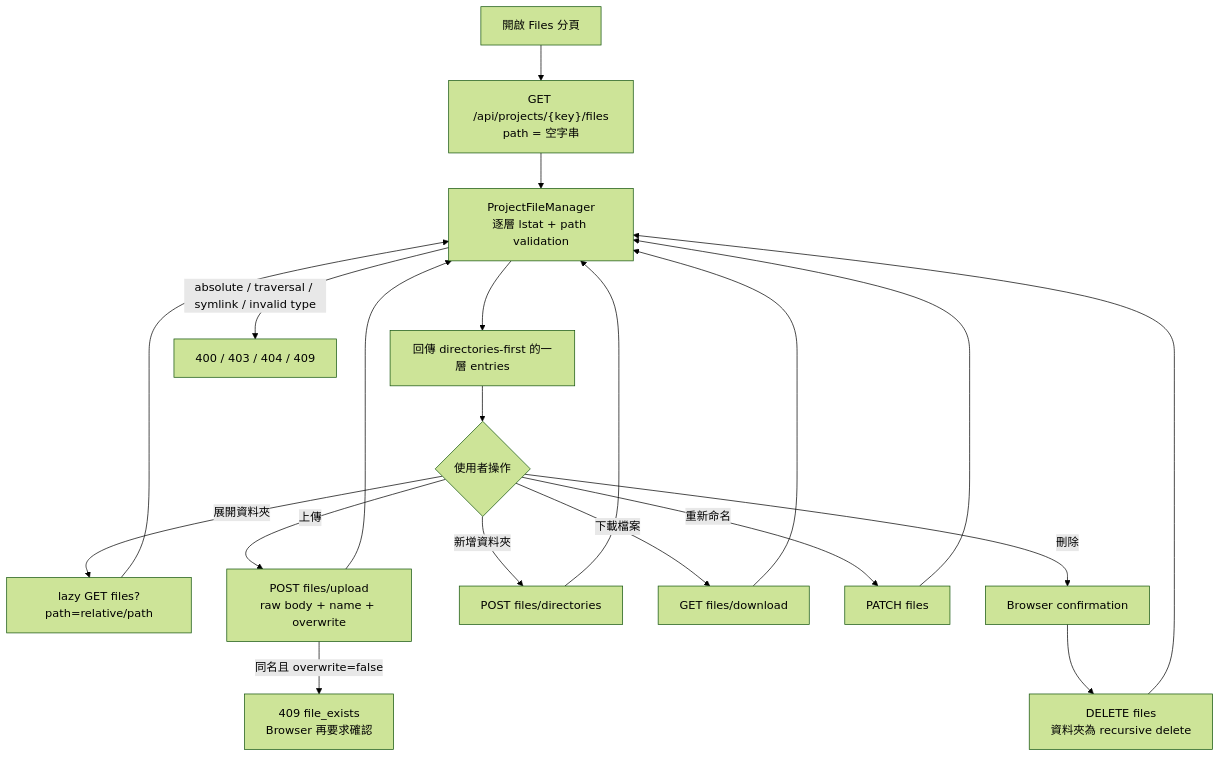
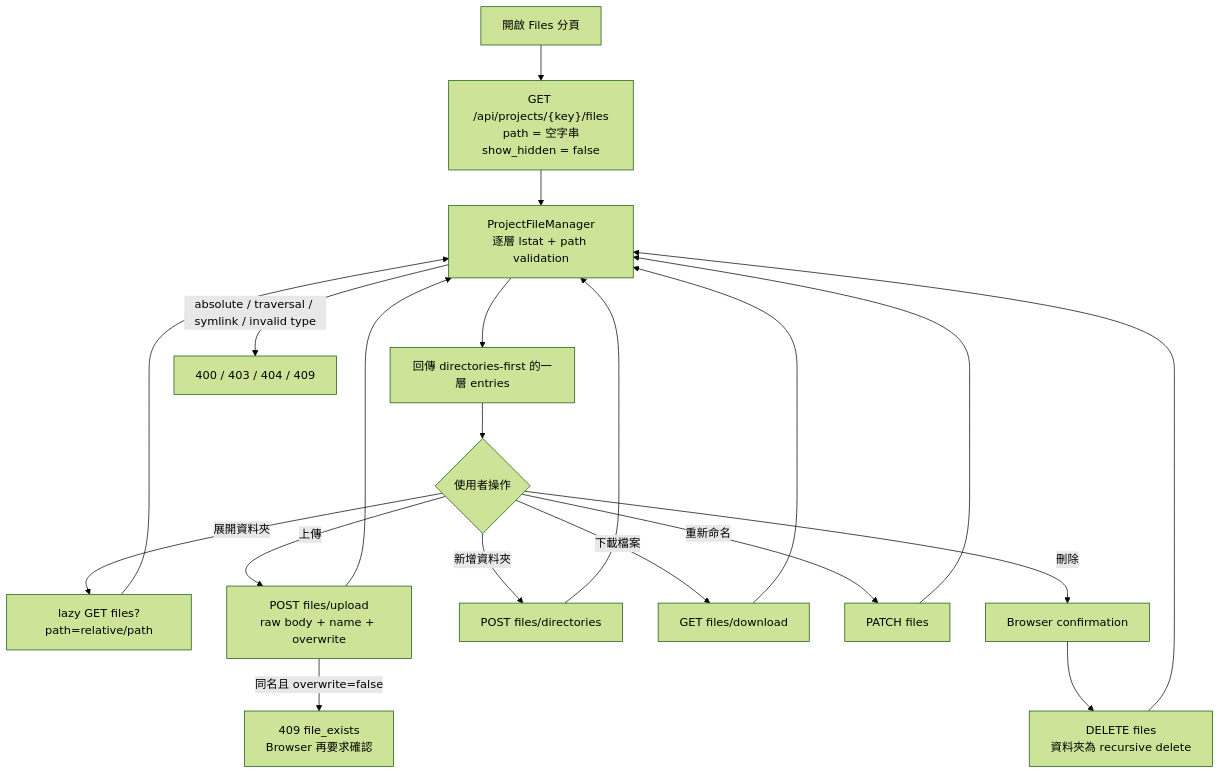
Before and after one commit to sevenjay/agent_app_server: the second of 5 diagrams in docs/flows.md, drawn with Mermaid (forest theme). The commit also changed other lines of this file and 10 other files, not shown here.

Commit message:
feat: add show_hidden toggle to file listing API and UI components

````diff
--- a/docs/flows.md
+++ b/docs/flows.md
@@ -42,25 +42,25 @@
 ```mermaid
 flowchart TD
-    open["開啟 Files 分頁"] --> list["GET /api/projects/{key}/files<br/>path = 空字串"]
+    open["開啟 Files 分頁"] --> list["GET /api/projects/{key}/files<br/>path = 空字串<br/>show_hidden = false"]
     list --> validate["ProjectFileManager<br/>逐層 lstat + path validation"]
     validate --> tree["回傳 directories-first 的一層 entries"]
     tree --> action{"使用者操作"}
 
     action -->|展開資料夾| child["lazy GET files?path=relative/path"]
     action -->|上傳| upload["POST files/upload<br/>raw body + name + overwrite"]
     action -->|新增資料夾| mkdir["POST files/directories"]
     action -->|下載檔案| download["GET files/download"]
     action -->|重新命名| rename["PATCH files"]
     action -->|刪除| confirm["Browser confirmation"]
     confirm --> delete["DELETE files<br/>資料夾為 recursive delete"]
 
     child --> validate
     upload --> validate
     mkdir --> validate
     download --> validate
     rename --> validate
     delete --> validate
 
     validate -->|absolute / traversal / symlink / invalid type| error["400 / 403 / 404 / 409"]
     upload -->|同名且 overwrite=false| conflict["409 file_exists<br/>Browser 再要求確認"]
 ```
````
